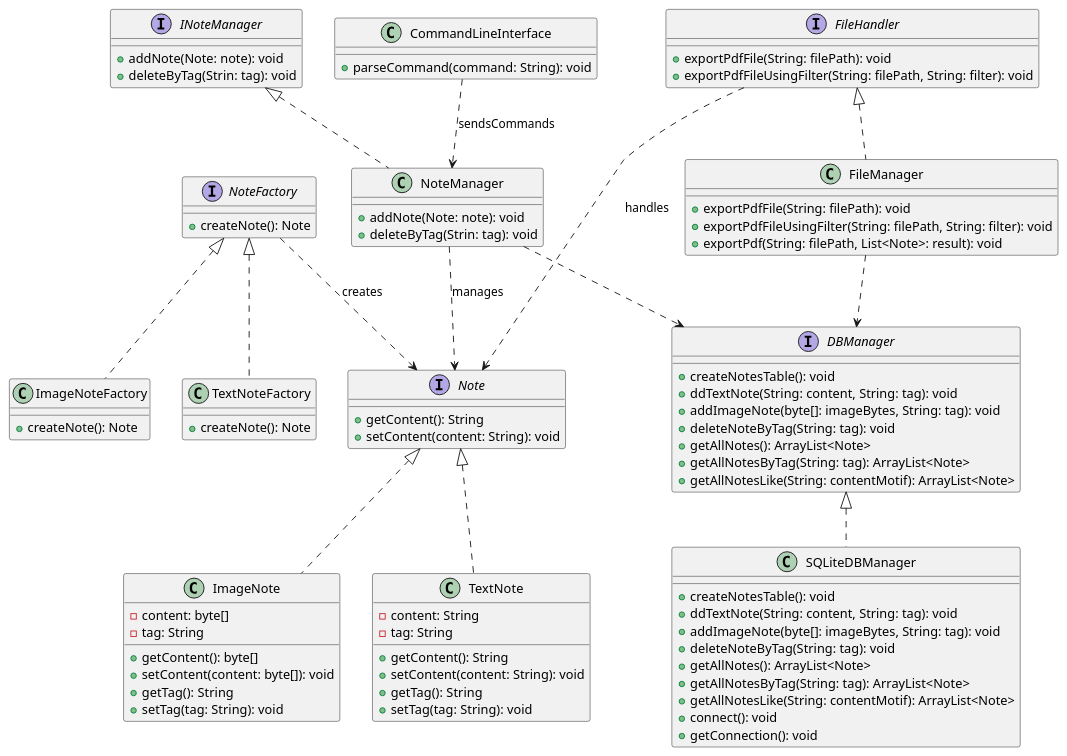
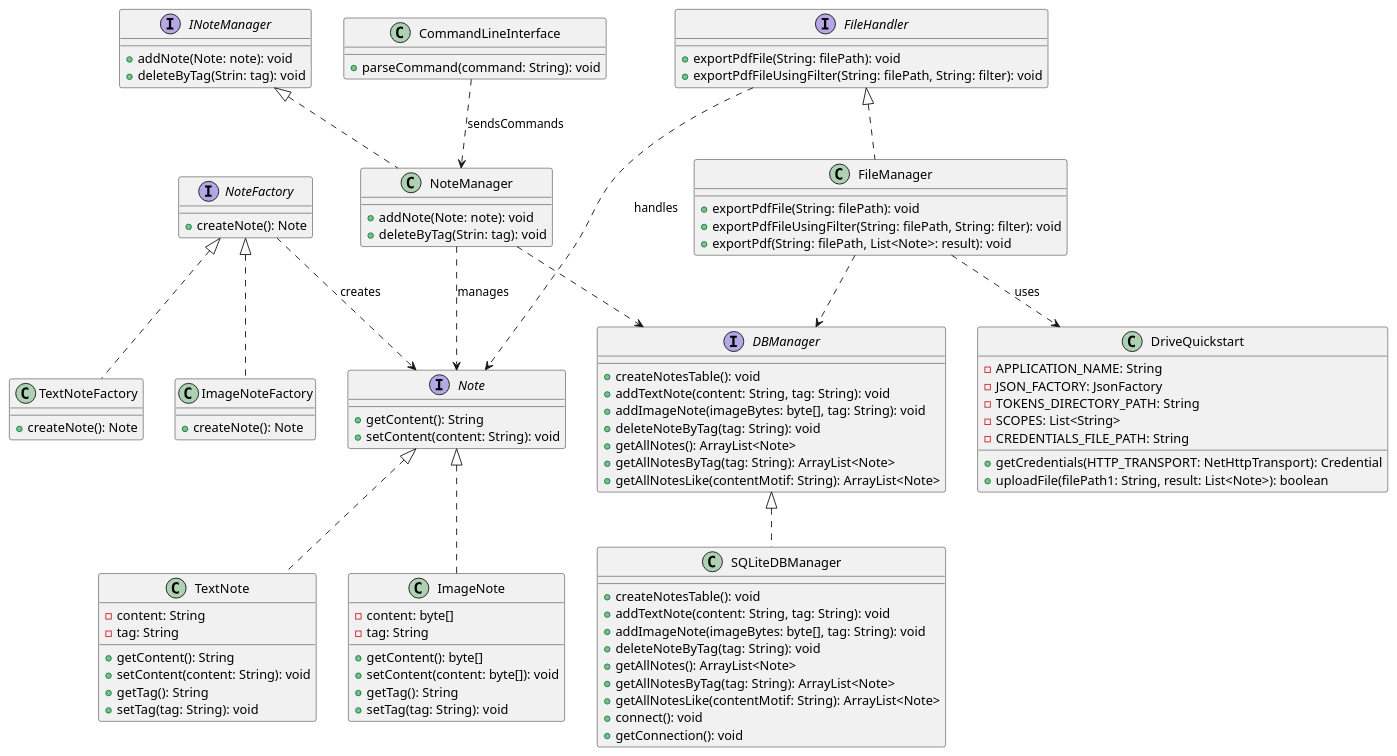
One commit to nejmas/SuperNotes_Nejma changed the diagram in app/src/docs/asciidoc/models/model.puml. Above: the diagram before and after it, drawn with PlantUML.

Commit message:
adding uml class of DriveQuickstart in model

```diff
--- a/app/src/docs/asciidoc/models/model.puml
+++ b/app/src/docs/asciidoc/models/model.puml
@@ -1,103 +1,109 @@
 @startuml
 interface Note {
     +getContent(): String
     +setContent(content: String): void
 }
 
 class TextNote {
     -content: String
     -tag: String
     +getContent(): String
     +setContent(content: String): void
     +getTag(): String
     +setTag(tag: String): void
 }
 
 class ImageNote {
     -content: byte[]
     -tag: String
     +getContent(): byte[]
     +setContent(content: byte[]): void
     +getTag(): String
     +setTag(tag: String): void
 }
 
 interface NoteFactory {
     +createNote(): Note
 }
 
 class TextNoteFactory {
     +createNote(): Note
 }
 
 class ImageNoteFactory {
     +createNote(): Note
 }
 
 interface INoteManager {
     +addNote(Note: note): void
     +deleteByTag(Strin: tag): void
 }
 
 class NoteManager implements INoteManager {
     +addNote(Note: note): void
     +deleteByTag(Strin: tag): void
 }
 
-
 interface FileHandler {
     +exportPdfFile(String: filePath): void 
     +exportPdfFileUsingFilter(String: filePath, String: filter): void
-
 }
 
 class FileManager implements FileHandler {
     +exportPdfFile(String: filePath): void 
     +exportPdfFileUsingFilter(String: filePath, String: filter): void
     +exportPdf(String: filePath, List<Note>: result): void
-
 }
 
+class DriveQuickstart {
+  -APPLICATION_NAME: String
+  -JSON_FACTORY: JsonFactory
+  -TOKENS_DIRECTORY_PATH: String
+  -SCOPES: List<String>
+  -CREDENTIALS_FILE_PATH: String
+  +getCredentials(HTTP_TRANSPORT: NetHttpTransport): Credential
+  +uploadFile(filePath1: String, result: List<Note>): boolean
+}
 
 class CommandLineInterface {
     +parseCommand(command: String): void
 }
 
-interface DBManager{
+interface DBManager {
     +createNotesTable(): void
-    +ddTextNote(String: content, String: tag): void
-    +addImageNote(byte[]: imageBytes, String: tag): void
-    +deleteNoteByTag(String: tag): void
+    +addTextNote(content: String, tag: String): void
+    +addImageNote(imageBytes: byte[], tag: String): void
+    +deleteNoteByTag(tag: String): void
     +getAllNotes(): ArrayList<Note> 
-    +getAllNotesByTag(String: tag): ArrayList<Note> 
-    +getAllNotesLike(String: contentMotif): ArrayList<Note> 
+    +getAllNotesByTag(tag: String): ArrayList<Note> 
+    +getAllNotesLike(contentMotif: String): ArrayList<Note> 
 }
 
 class SQLiteDBManager implements DBManager {
     +createNotesTable(): void
-    +ddTextNote(String: content, String: tag): void
-    +addImageNote(byte[]: imageBytes, String: tag): void
-    +deleteNoteByTag(String: tag): void
+    +addTextNote(content: String, tag: String): void
+    +addImageNote(imageBytes: byte[], tag: String): void
+    +deleteNoteByTag(tag: String): void
     +getAllNotes(): ArrayList<Note>
-    +getAllNotesByTag(String: tag): ArrayList<Note>
-    +getAllNotesLike(String: contentMotif): ArrayList<Note>
+    +getAllNotesByTag(tag: String): ArrayList<Note>
+    +getAllNotesLike(contentMotif: String): ArrayList<Note>
     +connect(): void
     +getConnection(): void
-    }
+}
 
 Note <|.. TextNote
 Note <|.. ImageNote
 
 NoteFactory <|.. TextNoteFactory
 NoteFactory <|.. ImageNoteFactory
 FileManager ..> DBManager
 NoteManager ..> DBManager
 
 NoteFactory ..> Note : creates
 NoteManager ..> Note : manages
 FileHandler ..> Note : handles
 
-
 CommandLineInterface ..> NoteManager : sendsCommands
+FileManager ..> DriveQuickstart: uses
 
 @enduml
```
